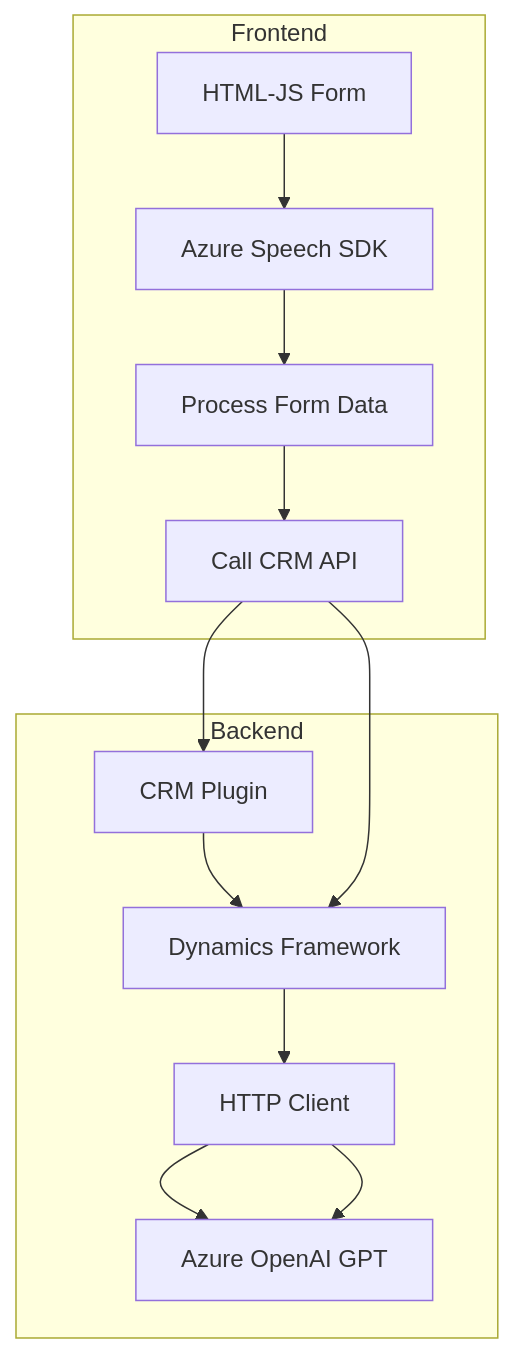
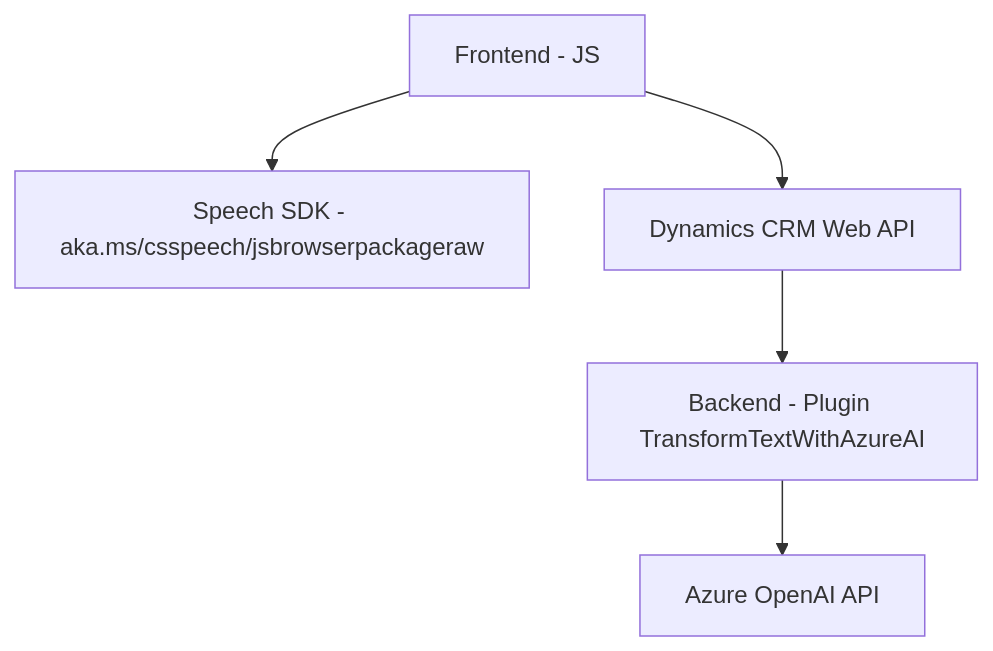
The diagram in README.md (blopezdm/NETCORE_BILBAO2025), drawn with Mermaid before and after one commit. The commit also changed other lines of this file, not shown here.

````diff
--- a/README.md
+++ b/README.md
@@ -43,23 +24,13 @@
 ```mermaid
 graph TD
-    subgraph Frontend
-        A["HTML-JS Form"]
-        B["Azure Speech SDK"]
-        C["Process Form Data"]
-        D["Call CRM API"]
-        A --> B
-        B --> C
-        C --> D
-    end
-    
-    D --> E["CRM Plugin"]
+    A["Frontend - JS"]
+    B["Speech SDK - aka.ms/csspeech/jsbrowserpackageraw"]
+    C["Dynamics CRM Web API"]
+    D["Azure OpenAI API"]
+    E["Backend - Plugin TransformTextWithAzureAI"]
 
-    subgraph Backend
-        E --> F["Dynamics Framework"]
-        F --> G["HTTP Client"]
-        G --> H["Azure OpenAI GPT"]
-    end
-    
-    D --> F
-    G --> H
+    A --> B
+    A --> C
+    C --> E
+    E --> D
 ```
````
